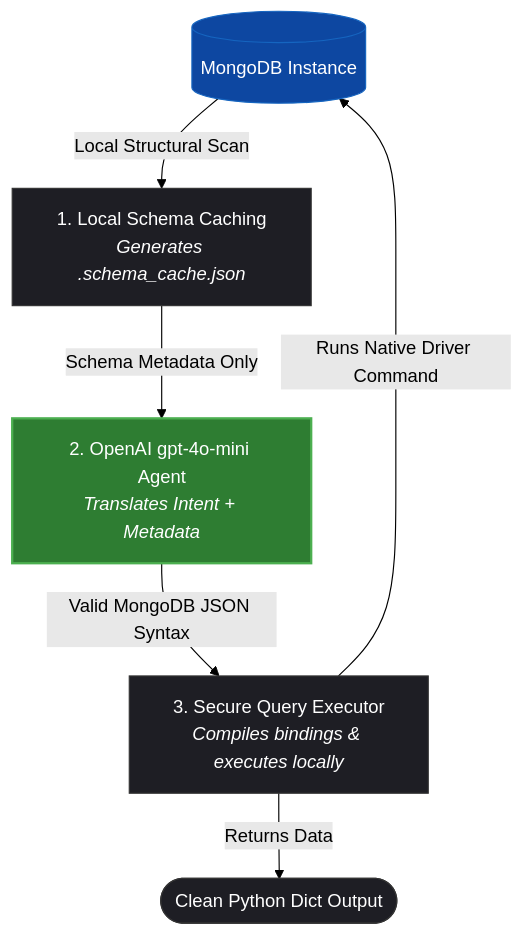
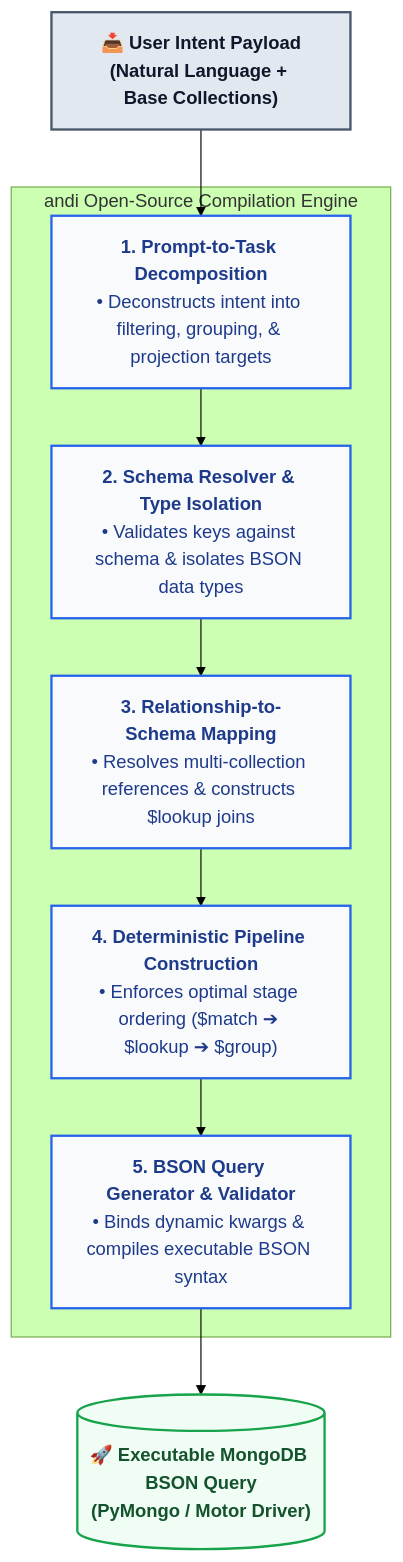
One commit to Satty27/andi-ai changed the first of 2 diagrams in README.md. Above: the diagram before and after it, drawn with Mermaid (forest theme). The commit also changed other lines of this file and 8 other files, not shown here.

````diff
--- a/README.md
+++ b/README.md
@@ -110,21 +12,25 @@
 ```mermaid
 graph TD
-    %% Define Styles & Colors
-    classDef default fill:#1e1e24,stroke:#333,stroke-width:1px,color:#fff;
-    classDef highlight fill:#2e7d32,stroke:#4caf50,stroke-width:2px,color:#fff;
-    classDef db fill:#0d47a1,stroke:#1565c0,stroke-width:1px,color:#fff;
+    classDef payload fill:#e2e8f0,stroke:#475569,stroke-width:2px,color:#0f172a,font-weight:bold;
+    classDef stage fill:#f8fafc,stroke:#2563eb,stroke-width:2px,color:#1e3a8a;
+    classDef output fill:#f0fdf4,stroke:#16a34a,stroke-width:2px,color:#14532d,font-weight:bold;
 
-    DB[(MongoDB Instance)]:::db
-    Schema[1. Local Schema Caching<br/><i>Generates .schema_cache.json</i>]:::default
-    LLM[2. OpenAI gpt-4o-mini Agent<br/><i>Translates Intent + Metadata</i>]:::highlight
-    Executor[3. Secure Query Executor<br/><i>Compiles bindings & executes locally</i>]:::default
-    Result([Clean Python Dict Output]):::default
+    Input["📥 User Intent Payload<br>(Natural Language + Base Collections)"]:::payload
 
-    %% Flow Connections
-    DB -->|Local Structural Scan| Schema
-    Schema -->|Schema Metadata Only| LLM
-    LLM -->|Valid MongoDB JSON Syntax| Executor
-    Executor -->|Runs Native Driver Command| DB
-    Executor -->|Returns Data| Result
-  
+    subgraph andi_Engine ["andi Open-Source Compilation Engine"]
+        S1["<b>1. Prompt-to-Task Decomposition</b><br>• Deconstructs intent into filtering, grouping, & projection targets"]:::stage
+        S2["<b>2. Schema Resolver & Type Isolation</b><br>• Validates keys against schema & isolates BSON data types"]:::stage
+        S3["<b>3. Relationship-to-Schema Mapping</b><br>• Resolves multi-collection references & constructs $lookup joins"]:::stage
+        S4["<b>4. Deterministic Pipeline Construction</b><br>• Enforces optimal stage ordering ($match ➔ $lookup ➔ $group)"]:::stage
+        S5["<b>5. BSON Query Generator & Validator</b><br>• Binds dynamic kwargs & compiles executable BSON syntax"]:::stage
+    end
+
+    Output[("🚀 Executable MongoDB BSON Query<br>(PyMongo / Motor Driver)")]:::output
+
+    Input --> S1
+    S1 --> S2
+    S2 --> S3
+    S3 --> S4
+    S4 --> S5
+    S5 --> Output
 ```
````
